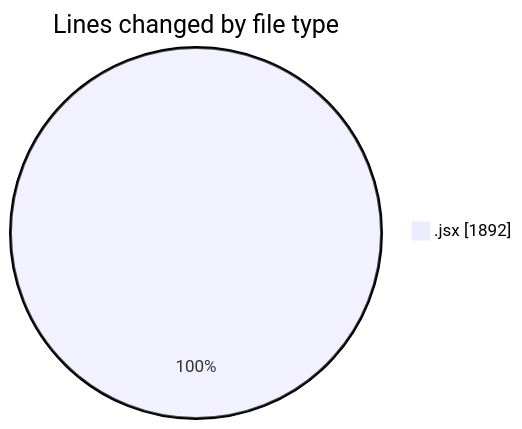
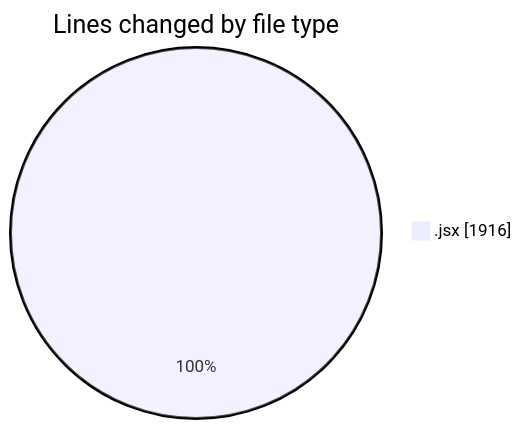
The first of 2 diagrams in 2025-12-24/nxtqube_webapp/README.md (nxtqubesakshisongat/code-tracking), drawn with Mermaid before and after one commit. The commit also changed other lines of this file and 1 other file, not shown here.

````diff
--- a/2025-12-24/nxtqube_webapp/README.md
+++ b/2025-12-24/nxtqube_webapp/README.md
@@ -20,5 +20,5 @@
 ```mermaid
 pie showData
 title Lines changed by file type
-".jsx" : 1892
+".jsx" : 1916
 ```
````
